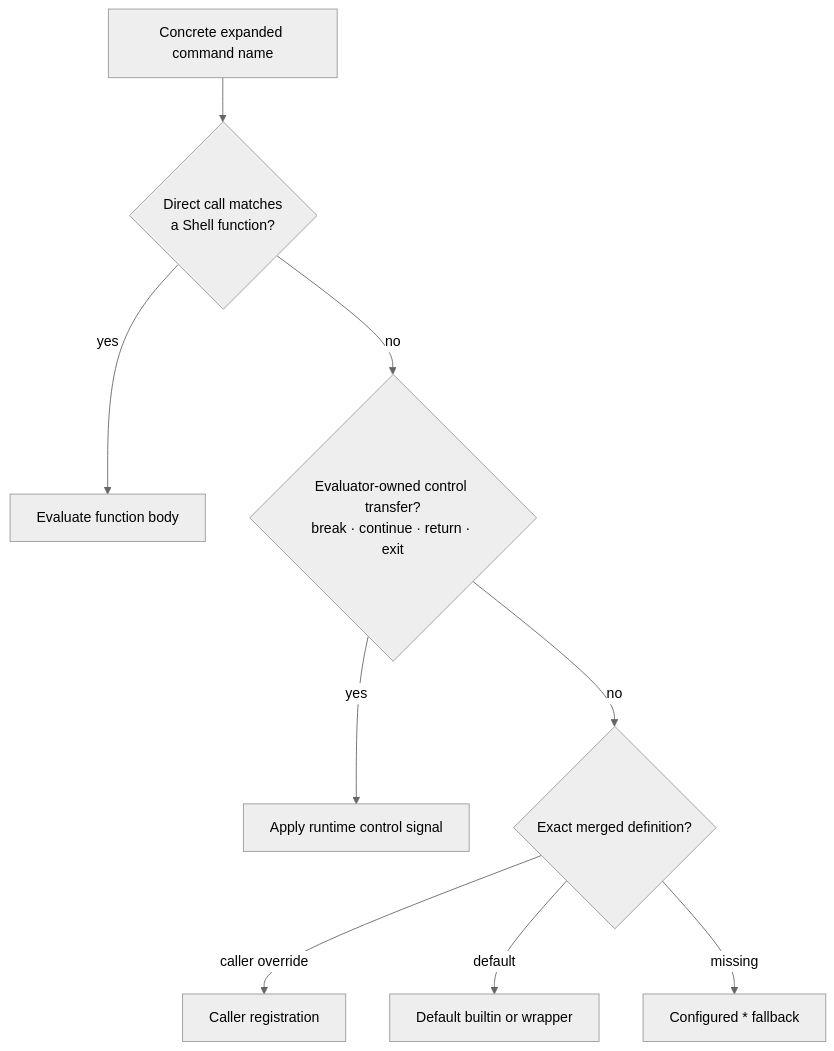
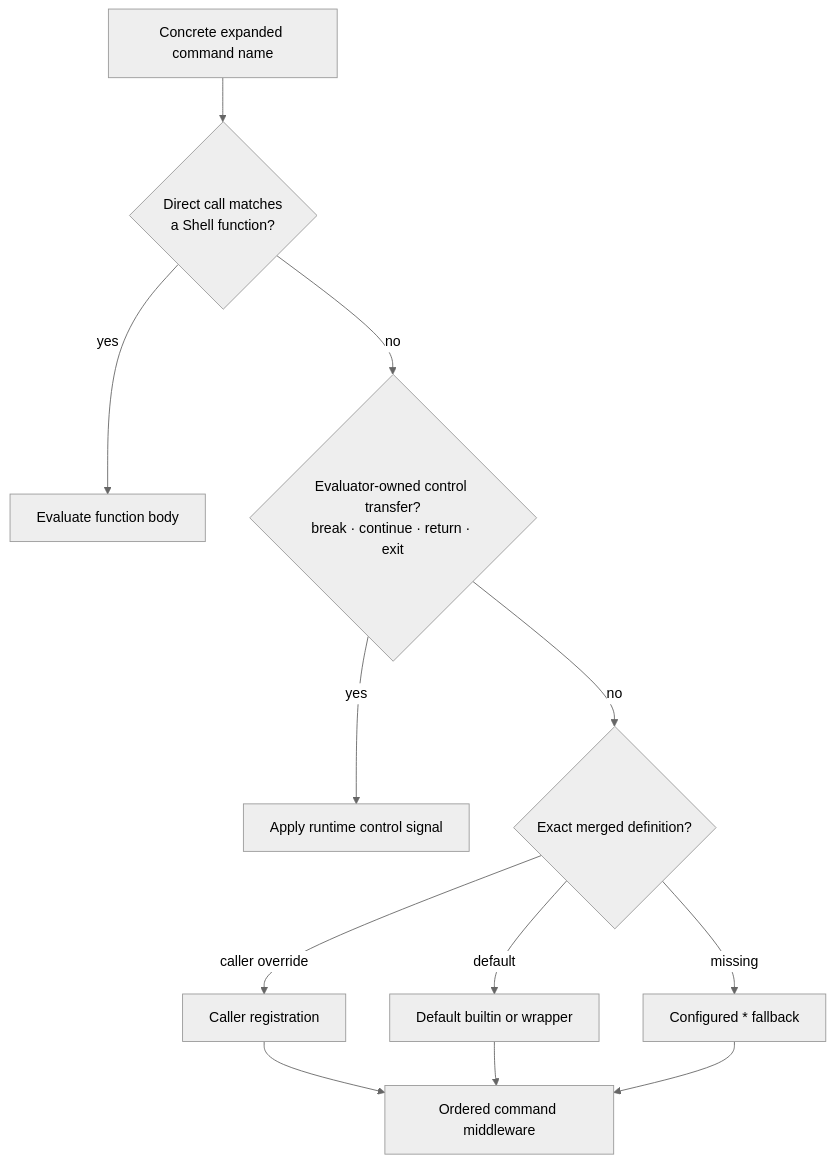
The fourth of 7 diagrams in README.md (nullptrpanic/libcommand), drawn with Mermaid (neutral theme) before and after one commit. The commit also changed other lines of this file and 37 other files, not shown here.

````diff
--- a/README.md
+++ b/README.md
@@ -261,21 +261,25 @@
 ```mermaid
 flowchart TD
     Expanded["Concrete expanded command name"]
     Function{"Direct call matches<br/>a Shell function?"}
     FunctionBody["Evaluate function body"]
     Control{"Evaluator-owned control transfer?<br/>break · continue · return · exit"}
     ControlRuntime["Apply runtime control signal"]
     Exact{"Exact merged definition?"}
     User["Caller registration"]
     Builtin["Default builtin or wrapper"]
     Fallback["Configured * fallback"]
+	Middleware["Ordered command middleware"]
 
     Expanded --> Function
     Function -->|"yes"| FunctionBody
     Function -->|"no"| Control
     Control -->|"yes"| ControlRuntime
     Control -->|"no"| Exact
     Exact -->|"caller override"| User
     Exact -->|"default"| Builtin
     Exact -->|"missing"| Fallback
+	User --> Middleware
+	Builtin --> Middleware
+	Fallback --> Middleware
 ```
````
